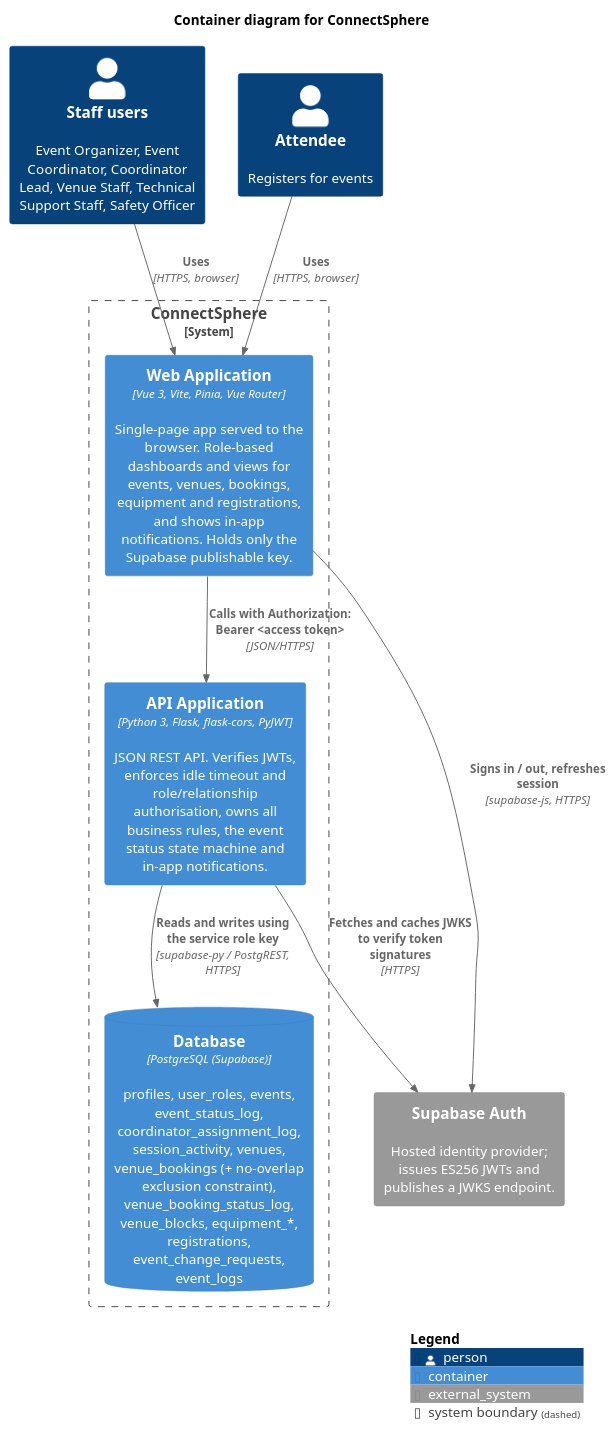
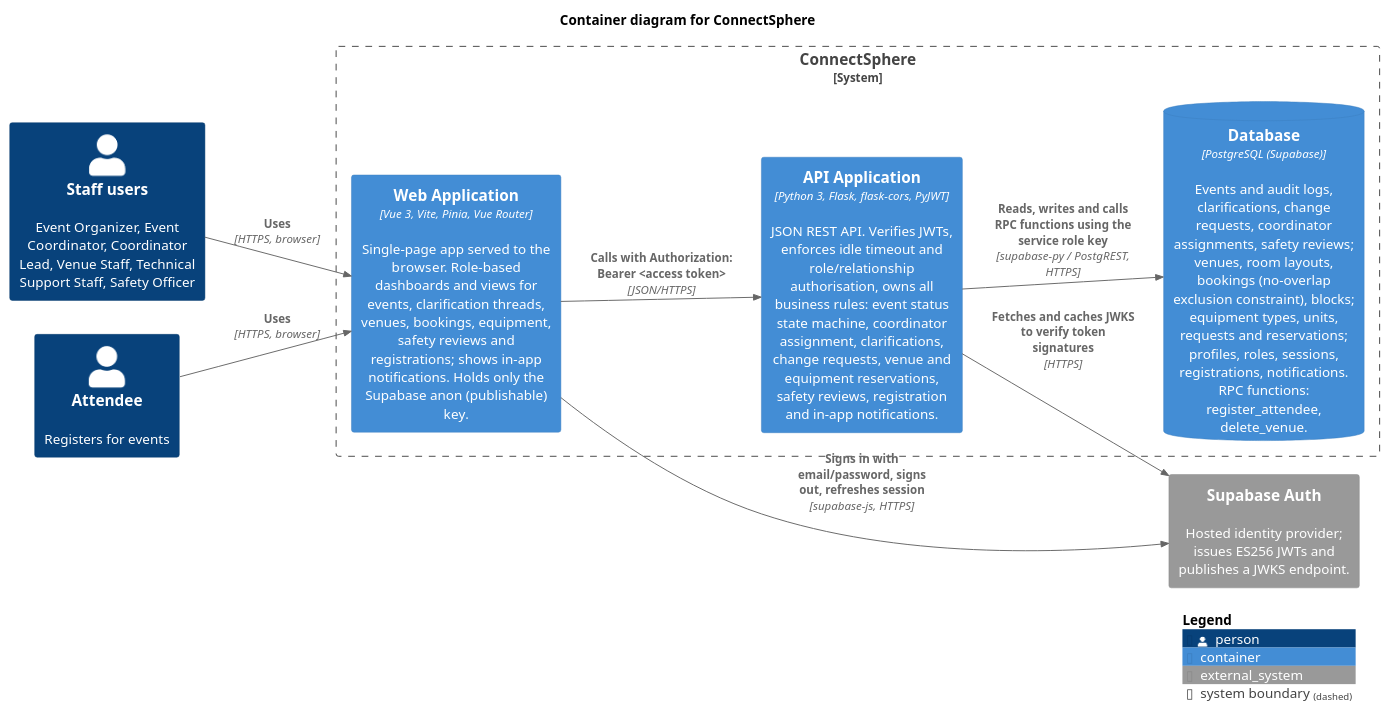
Before and after one commit to Terryyeo88/SPM-Project: the diagram in docs/c4/02-container.puml, drawn with PlantUML. The commit also changed 8 other files, not shown here.

First line of the commit message:
docs(c4): update C1-C3 to current code and add rendered diagrams

```diff
--- a/docs/c4/02-container.puml
+++ b/docs/c4/02-container.puml
@@ -1,30 +1,30 @@
 @startuml 02-container
 ' C4 Level 2 -- Containers inside ConnectSphere.
 !include https://raw.githubusercontent.com/plantuml-stdlib/C4-PlantUML/master/C4_Container.puml
 
-LAYOUT_TOP_DOWN()
+LAYOUT_LEFT_RIGHT()
 
 title Container diagram for ConnectSphere
 
 Person(staff, "Staff users", "Event Organizer, Event Coordinator, Coordinator Lead, Venue Staff, Technical Support Staff, Safety Officer")
 Person(attendee, "Attendee", "Registers for events")
 
 System_Boundary(cs, "ConnectSphere") {
-    Container(spa, "Web Application", "Vue 3, Vite, Pinia, Vue Router", "Single-page app served to the browser. Role-based dashboards and views for events, venues, bookings, equipment and registrations, and shows in-app notifications. Holds only the Supabase publishable key.")
-    Container(api, "API Application", "Python 3, Flask, flask-cors, PyJWT", "JSON REST API. Verifies JWTs, enforces idle timeout and role/relationship authorisation, owns all business rules, the event status state machine and in-app notifications.")
-    ContainerDb(db, "Database", "PostgreSQL (Supabase)", "profiles, user_roles, events, event_status_log, coordinator_assignment_log, session_activity, venues, venue_bookings (+ no-overlap exclusion constraint), venue_booking_status_log, venue_blocks, equipment_*, registrations, event_change_requests, event_logs")
+    Container(spa, "Web Application", "Vue 3, Vite, Pinia, Vue Router", "Single-page app served to the browser. Role-based dashboards and views for events, clarification threads, venues, bookings, equipment, safety reviews and registrations; shows in-app notifications. Holds only the Supabase anon (publishable) key.")
+    Container(api, "API Application", "Python 3, Flask, flask-cors, PyJWT", "JSON REST API. Verifies JWTs, enforces idle timeout and role/relationship authorisation, owns all business rules: event status state machine, coordinator assignment, clarifications, change requests, venue and equipment reservations, safety reviews, registration and in-app notifications.")
+    ContainerDb(db, "Database", "PostgreSQL (Supabase)", "Events and audit logs, clarifications, change requests, coordinator assignments, safety reviews; venues, room layouts, bookings (no-overlap exclusion constraint), blocks; equipment types, units, requests and reservations; profiles, roles, sessions, registrations, notifications. RPC functions: register_attendee, delete_venue.")
 }
 
 System_Ext(supabaseAuth, "Supabase Auth", "Hosted identity provider; issues ES256 JWTs and publishes a JWKS endpoint.")
 
 Rel(staff, spa, "Uses", "HTTPS, browser")
 Rel(attendee, spa, "Uses", "HTTPS, browser")
 
-Rel(spa, supabaseAuth, "Signs in / out, refreshes session", "supabase-js, HTTPS")
+Rel(spa, supabaseAuth, "Signs in with email/password, signs out, refreshes session", "supabase-js, HTTPS")
 Rel(spa, api, "Calls with Authorization: Bearer <access token>", "JSON/HTTPS")
 
 Rel(api, supabaseAuth, "Fetches and caches JWKS to verify token signatures", "HTTPS")
-Rel(api, db, "Reads and writes using the service role key", "supabase-py / PostgREST, HTTPS")
+Rel(api, db, "Reads, writes and calls RPC functions using the service role key", "supabase-py / PostgREST, HTTPS")
 
 SHOW_LEGEND()
 @enduml
```
